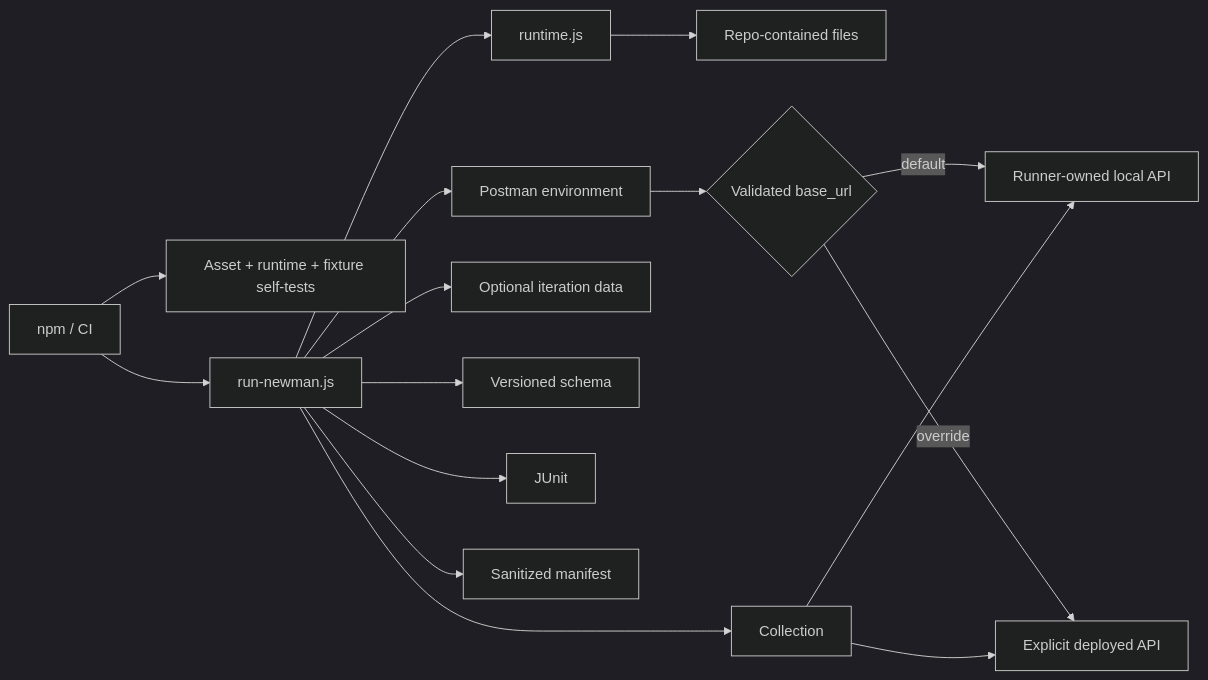
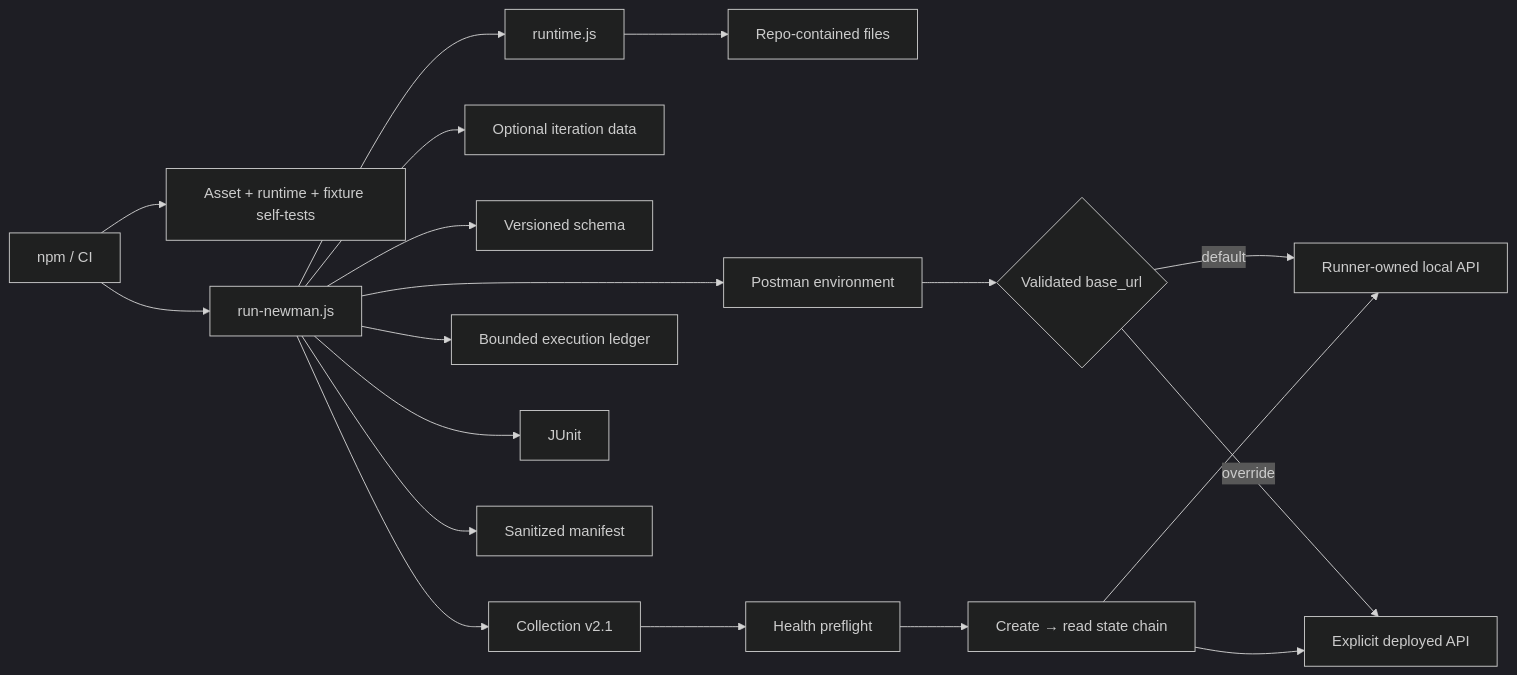
One commit to portyu9/qa-automation-api-postman-newman changed the diagram in docs/ARCHITECTURE.md. Above: the diagram before and after it, drawn with Mermaid (dark theme). The commit also changed other lines of this file, not shown here.

Commit message:
document Newman state, ledger, and compatibility boundaries

````diff
--- a/docs/ARCHITECTURE.md
+++ b/docs/ARCHITECTURE.md
@@ -7,18 +7,21 @@
 ```mermaid
 flowchart LR
     CLI[npm / CI] --> VALIDATE[Asset + runtime + fixture self-tests]
     CLI --> RUN[run-newman.js]
     RUN --> RT[runtime.js]
     RT --> FILES[Repo-contained files]
     RUN --> ENV[Postman environment]
     RUN --> DATA[Optional iteration data]
     RUN --> SCHEMA[Versioned schema]
-    RUN --> COL[Collection]
+    RUN --> COL[Collection v2.1]
     ENV --> TARGET{Validated base_url}
     TARGET -->|default| LOCAL[Runner-owned local API]
     TARGET -->|override| EXTERNAL[Explicit deployed API]
-    COL --> LOCAL
-    COL --> EXTERNAL
+    COL --> PREFLIGHT[Health preflight]
+    PREFLIGHT --> STATE[Create → read state chain]
+    STATE --> LOCAL
+    STATE --> EXTERNAL
+    RUN --> LEDGER[Bounded execution ledger]
     RUN --> J[JUnit]
     RUN --> M[Sanitized manifest]
 ```
````
